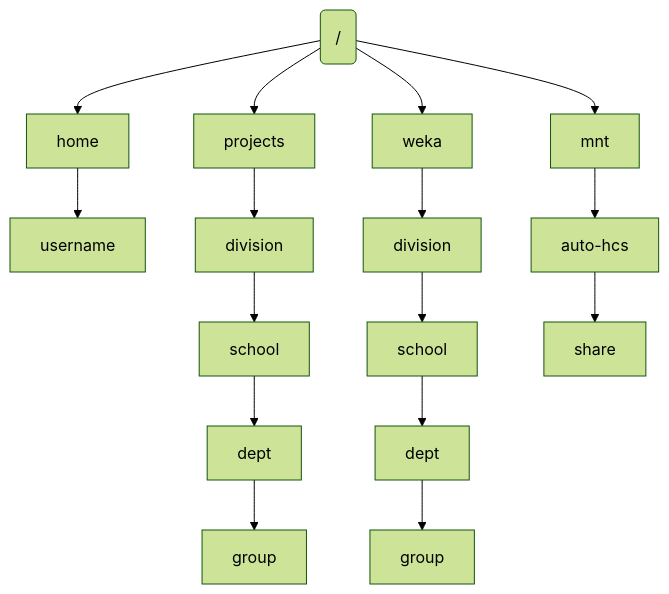
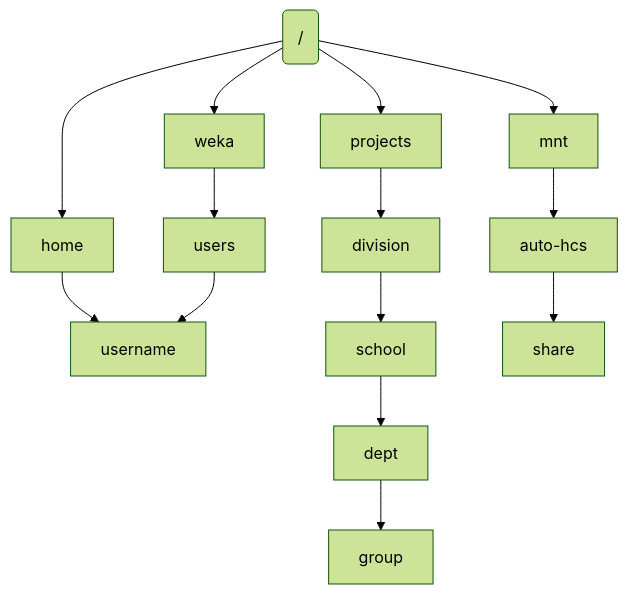
One commit to rtis-docs/research-cluster changed the diagram in docs/storage/storage_options.md. Above: the diagram before and after it, drawn with Mermaid (forest theme).

Commit message:
update weka paths

````diff
--- a/docs/storage/storage_options.md
+++ b/docs/storage/storage_options.md
@@ -12,22 +12,20 @@
 ```mermaid
 graph TD;
     root("/")
     root --> home
     home --> username
  
     root --> projects
     projects --> div1[division]
     div1 --> school1[school]
     school1 --> dept1[dept]
     dept1 --> group1[group]
  
     root --> weka
-    weka --> div2[division]
-    div2 --> school2[school]
-    school2 --> dept2[dept]
-    dept2 --> group2[group]
+    weka --> users
+    users --> username
  
     root --> mnt
     mnt --> auto-hcs
     auto-hcs --> share
 ```
````
